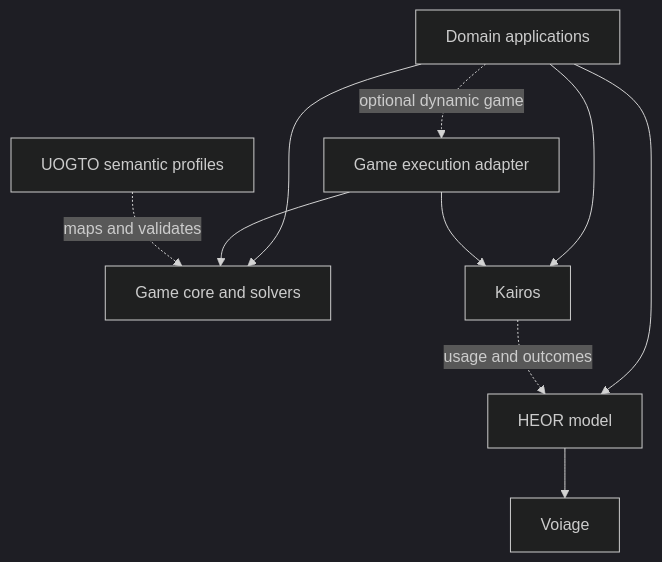
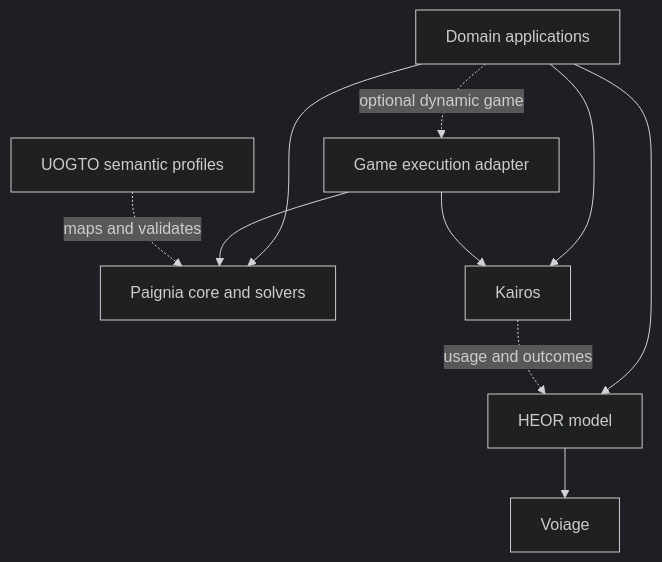
One commit to edithatogo/kairos changed the diagram in docs/ecosystem.md. Above: the diagram before and after it, drawn with Mermaid (dark theme). The commit also changed other lines of this file and 10 other files, not shown here.

````diff
--- a/docs/ecosystem.md
+++ b/docs/ecosystem.md
@@ -34,12 +44,12 @@
 ```mermaid
 flowchart TD
-    Apps["Domain applications"] --> Games["Game core and solvers"]
+    Apps["Domain applications"] --> Games["Paignia core and solvers"]
     Apps --> Sim["Kairos"]
     Apps --> Econ["HEOR model"]
     Apps -. "optional dynamic game" .-> Adapter["Game execution adapter"]
     Adapter --> Games
     Adapter --> Sim
     UOGTO["UOGTO semantic profiles"] -. "maps and validates" .-> Games
     Sim -. "usage and outcomes" .-> Econ
     Econ --> VOI["Voiage"]
 ```
````
